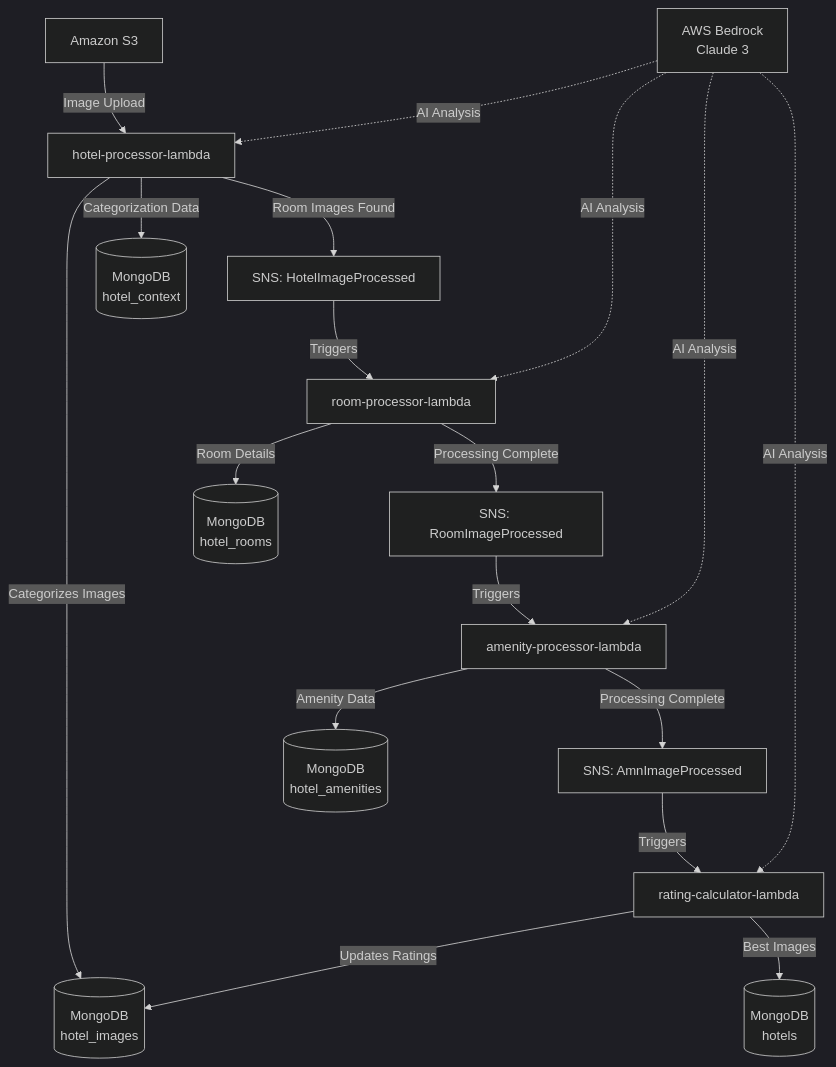
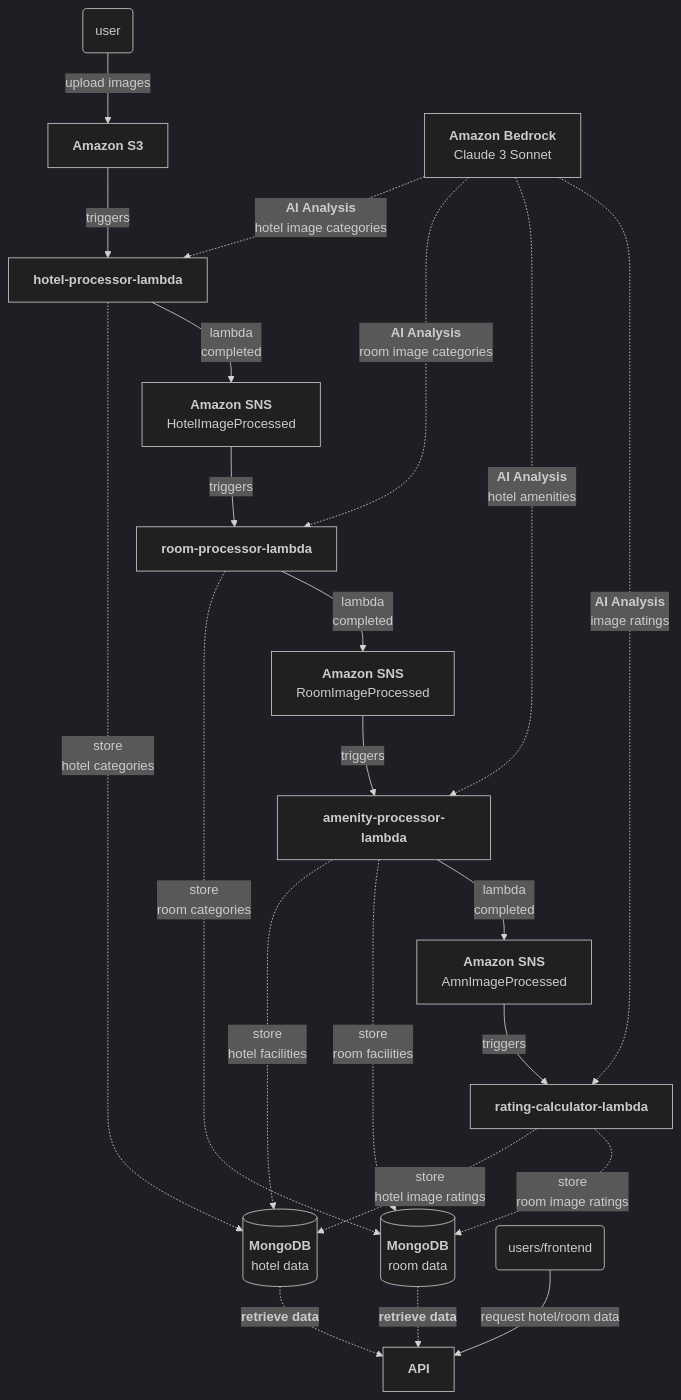
One commit to prasadm1022/hotel-image-clasification-system changed the diagram in README.md. Above: the diagram before and after it, drawn with Mermaid (dark theme). The commit also changed other lines of this file and 4 other files, not shown here.

````diff
--- a/README.md
+++ b/README.md
@@ -24,24 +32,24 @@
 ```mermaid
 graph TD
-    S3[Amazon S3] -->|Image Upload| L1[hotel-processor-lambda]
-    L1 -->|Categorizes Images| DB1[(MongoDB<br/>hotel_images)]
-    L1 -->|Categorization Data| DB2[(MongoDB<br/>hotel_context)]
-    L1 -->|Room Images Found| SNS1[SNS: HotelImageProcessed]
-    
-    SNS1 -->|Triggers| L2[room-processor-lambda]
-    L2 -->|Room Details| DB3[(MongoDB<br/>hotel_rooms)]
-    L2 -->|Processing Complete| SNS2[SNS: RoomImageProcessed]
-    
-    SNS2 -->|Triggers| L3[amenity-processor-lambda]
-    L3 -->|Amenity Data| DB4[(MongoDB<br/>hotel_amenities)]
-    L3 -->|Processing Complete| SNS3[SNS: AmnImageProcessed]
-    
-    SNS3 -->|Triggers| L4[rating-calculator-lambda]
-    L4 -->|Updates Ratings| DB1
-    L4 -->|Best Images| DB5[(MongoDB<br/>hotels)]
-    
-    Claude3[AWS Bedrock<br/>Claude 3] -.->|AI Analysis| L1
-    Claude3 -.->|AI Analysis| L2
-    Claude3 -.->|AI Analysis| L3
-    Claude3 -.->|AI Analysis| L4
+    U1(user) -->|upload images| S3[<b>Amazon S3</b>]
+    S3 -->|triggers| L1[<b>hotel-processor-lambda</b>]
+    ABR[<b>Amazon Bedrock</b><br/>Claude 3 Sonnet] -.->|<b>AI Analysis</b><br>hotel image categories| L1
+    L1 -.->|store<br>hotel categories| DB1[(<b>MongoDB</b><br/>hotel data)]
+    L1 -->|lambda<br>completed| SNS1[<b>Amazon SNS</b><br>HotelImageProcessed]
+    SNS1 -->|triggers| L2[<b>room-processor-lambda</b>]
+    ABR -.->|<b>AI Analysis</b><br>room image categories| L2
+    L2 -.->|store<br>room categories| DB2[(<b>MongoDB</b><br/>room data)]
+    L2 -->|lambda<br>completed| SNS2[<b>Amazon SNS</b><br>RoomImageProcessed]
+    SNS2 -->|triggers| L3[<b>amenity-processor-lambda</b>]
+    ABR -.->|<b>AI Analysis</b><br>hotel amenities| L3
+    L3 -.->|store<br>hotel facilities| DB1
+    L3 -.->|store<br>room facilities| DB2
+    L3 -->|lambda<br>completed| SNS3[<b>Amazon SNS</b><br>AmnImageProcessed]
+    SNS3 -->|triggers| L4[<b>rating-calculator-lambda</b>]
+    ABR -.->|<b>AI Analysis</b><br>image ratings| L4
+    L4 -.->|store<br>hotel image ratings| DB1
+    L4 -.->|store<br>room image ratings| DB2
+    DB1 -.->|<b>retrieve data</b>| API[<b>API</b>]
+    DB2 -.->|<b>retrieve data</b>| API
+    U2(users/frontend) -->|request hotel/room data| API
 ```
````
